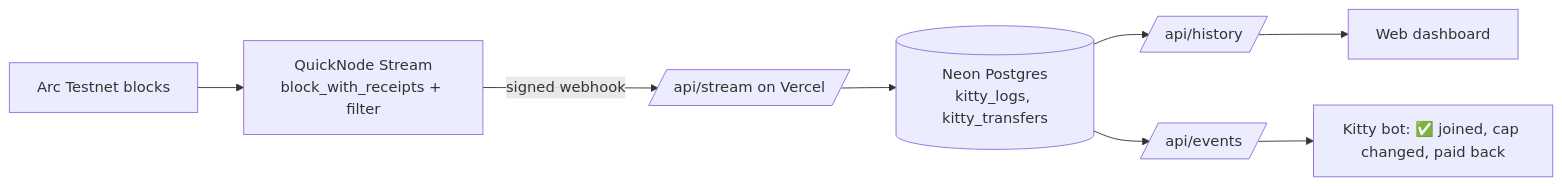
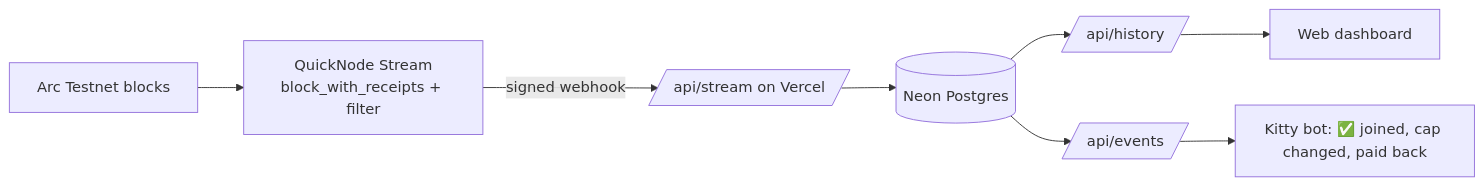
The second of 2 diagrams in README.md (siyasiyasiya/ubc2026), drawn with Mermaid before and after one commit. The commit also changed other lines of this file and 1 other file, not shown here.

````diff
--- a/README.md
+++ b/README.md
@@ -253,8 +115,8 @@
 ```mermaid
 flowchart LR
   A[Arc Testnet blocks] --> S[QuickNode Stream<br/>block_with_receipts + filter]
   S -->|signed webhook| W[/api/stream on Vercel/]
-  W --> P[(Neon Postgres<br/>kitty_logs, kitty_transfers)]
+  W --> P[(Neon Postgres)]
   P --> H[/api/history/] --> D[Web dashboard]
   P --> E[/api/events/] --> B[Kitty bot: ✅ joined, cap changed, paid back]
 ```
````
